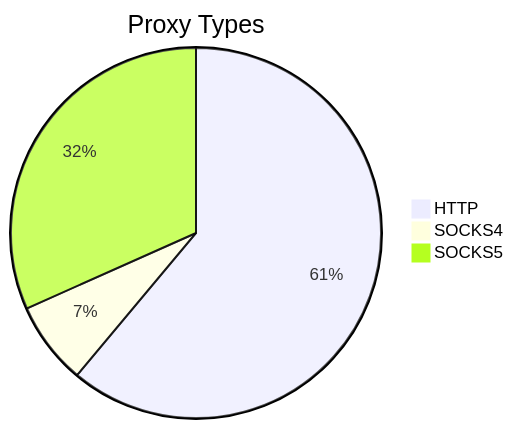
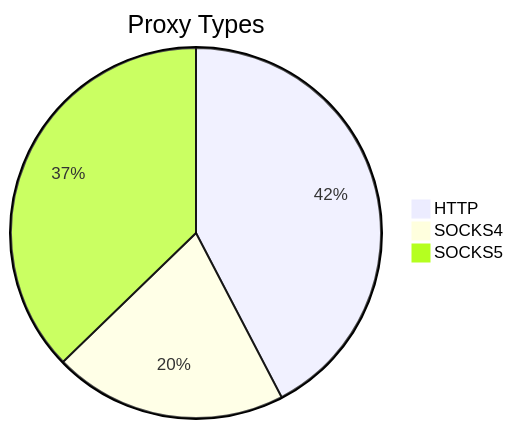
One commit to stormsia/proxy-list changed the first of 2 diagrams in README.md. Above: the diagram before and after it, drawn with Mermaid. The commit also changed other lines of this file, not shown here.

````diff
--- a/README.md
+++ b/README.md
@@ -21,6 +21,6 @@
 ```mermaid
 pie title Proxy Types
-    "HTTP" : 135
-    "SOCKS4" : 16
-    "SOCKS5" : 70
+    "HTTP" : 191
+    "SOCKS4" : 92
+    "SOCKS5" : 168
 ```
````
